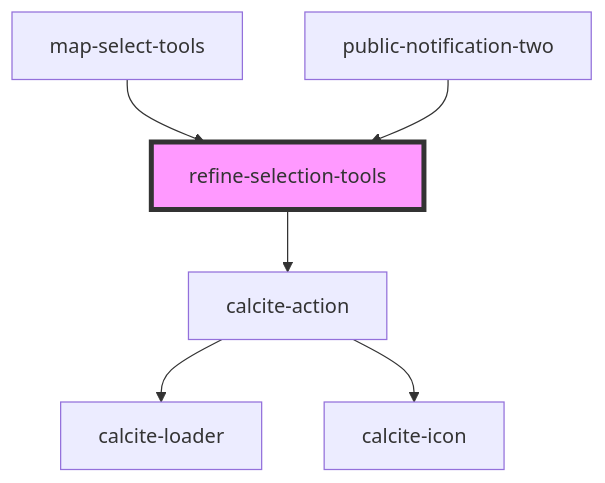
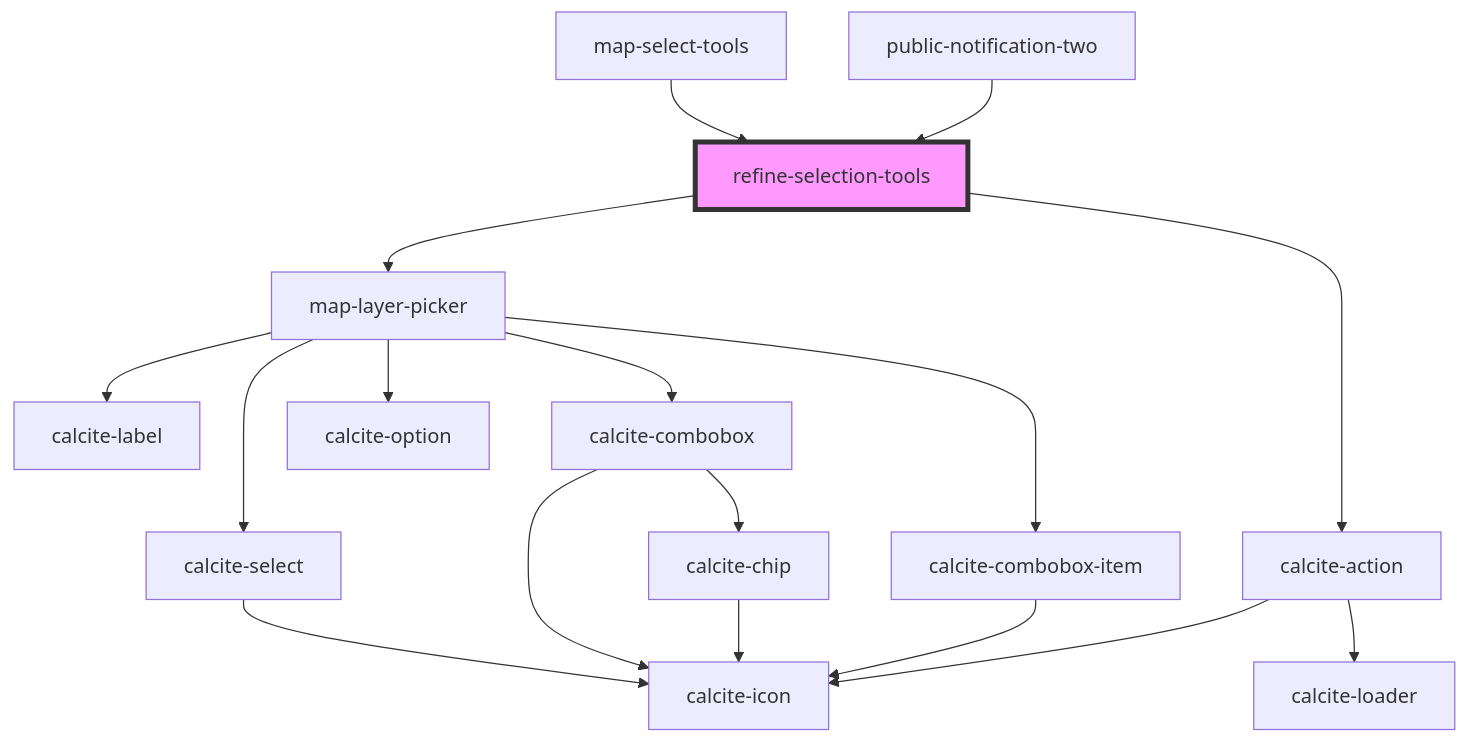
The diagram in src/components/refine-selection-tools/readme.md (Esri/solutions-components), drawn with Mermaid before and after one commit. The commit also changed other lines of this file and 10 other files, not shown here.

````diff
--- a/src/components/refine-selection-tools/readme.md
+++ b/src/components/refine-selection-tools/readme.md
@@ -30,9 +44,20 @@
 ```mermaid
 graph TD;
+  refine-selection-tools --> map-layer-picker
   refine-selection-tools --> calcite-action
+  map-layer-picker --> calcite-label
+  map-layer-picker --> calcite-select
+  map-layer-picker --> calcite-combobox
+  map-layer-picker --> calcite-combobox-item
+  map-layer-picker --> calcite-option
+  calcite-select --> calcite-icon
+  calcite-combobox --> calcite-chip
+  calcite-combobox --> calcite-icon
+  calcite-chip --> calcite-icon
+  calcite-combobox-item --> calcite-icon
   calcite-action --> calcite-loader
   calcite-action --> calcite-icon
   map-select-tools --> refine-selection-tools
   public-notification-two --> refine-selection-tools
   style refine-selection-tools fill:#f9f,stroke:#333,stroke-width:4px
 ```
````
